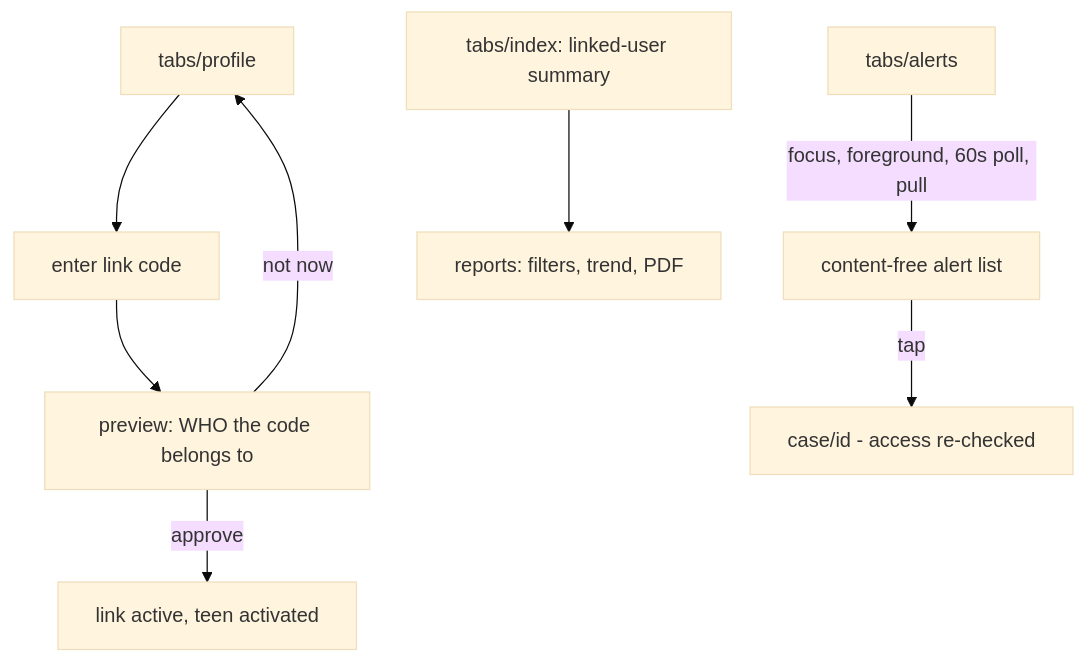
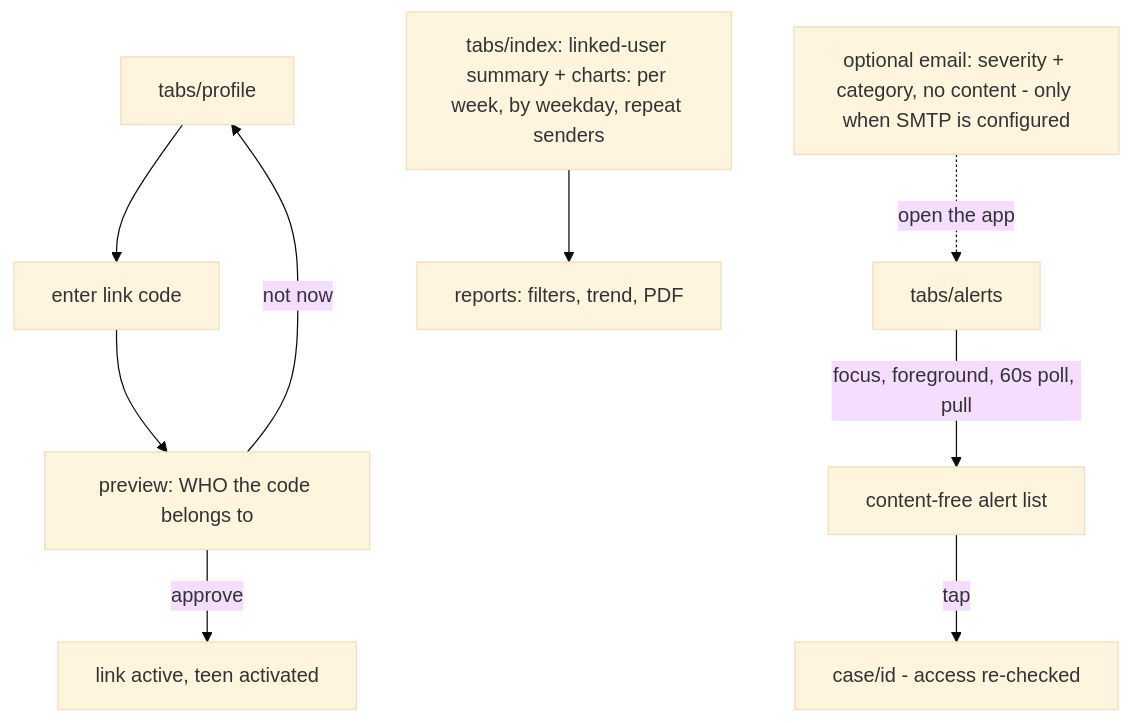
One commit to abdullah956/a-mbl changed the third of 5 diagrams in docs/FLOWS.md. Above: the diagram before and after it, drawn with Mermaid (base theme). The commit also changed other lines of this file and 12 other files, not shown here.

````diff
--- a/docs/FLOWS.md
+++ b/docs/FLOWS.md
@@ -57,10 +57,11 @@
 ```mermaid
 flowchart TD
     GProfile[tabs/profile] --> Enter[enter link code]
     Enter --> Preview[preview: WHO the code belongs to]
     Preview -->|approve| Linked[link active, teen activated]
     Preview -->|not now| GProfile
     GAlerts[tabs/alerts] -->|focus, foreground, 60s poll, pull| List[content-free alert list]
     List -->|tap| GCase[case/id - access re-checked]
-    GHome[tabs/index: linked-user summary] --> Reports[reports: filters, trend, PDF]
+    GMail[optional email: severity + category, no content - only when SMTP is configured] -.->|open the app| GAlerts
+    GHome[tabs/index: linked-user summary + charts: per week, by weekday, repeat senders] --> Reports[reports: filters, trend, PDF]
 ```
````
